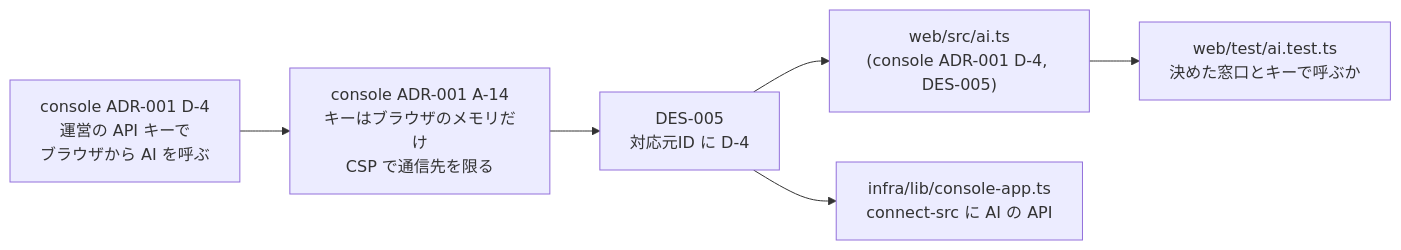
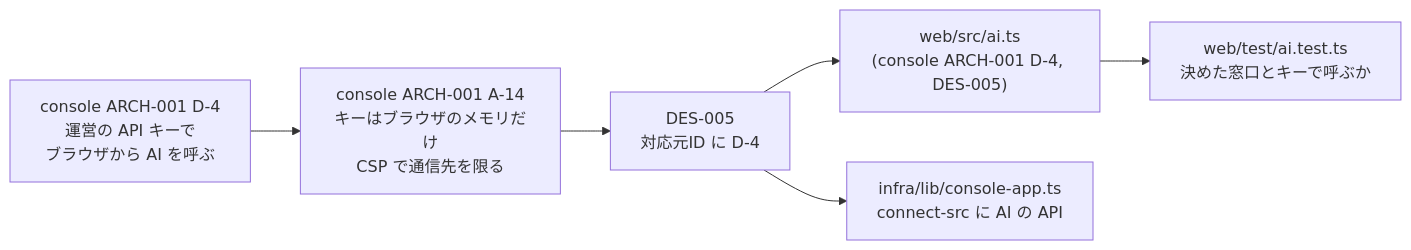
Before and after one commit to duwenji/yorisoi-tutorial: the second of 2 diagrams in 09-console/05-docs.md, drawn with Mermaid. The commit also changed other lines of this file and 33 other files, not shown here.

````diff
--- a/09-console/05-docs.md
+++ b/09-console/05-docs.md
@@ -114,8 +112,8 @@
 ```mermaid
 flowchart LR
-    D4["console ADR-001 D-4<br/>運営の API キーで<br/>ブラウザから AI を呼ぶ"] --> A14["console ADR-001 A-14<br/>キーはブラウザのメモリだけ<br/>CSP で通信先を限る"]
+    D4["console ARCH-001 D-4<br/>運営の API キーで<br/>ブラウザから AI を呼ぶ"] --> A14["console ARCH-001 A-14<br/>キーはブラウザのメモリだけ<br/>CSP で通信先を限る"]
     A14 --> DES5["DES-005<br/>対応元ID に D-4"]
-    DES5 --> AI["web/src/ai.ts<br/>(console ADR-001 D-4, DES-005)"]
+    DES5 --> AI["web/src/ai.ts<br/>(console ARCH-001 D-4, DES-005)"]
     DES5 --> CSP["infra/lib/console-app.ts<br/>connect-src に AI の API"]
     AI --> T["web/test/ai.test.ts<br/>決めた窓口とキーで呼ぶか"]
 ```
````
